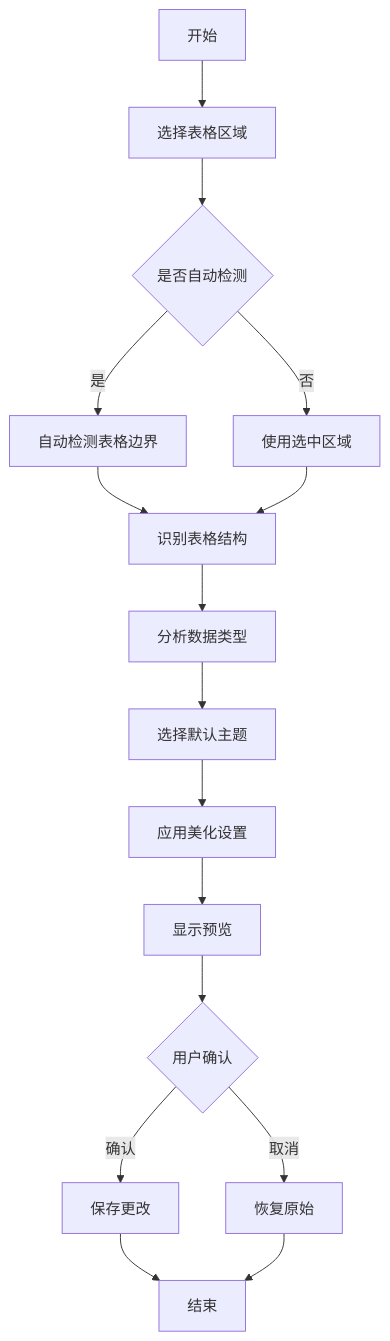
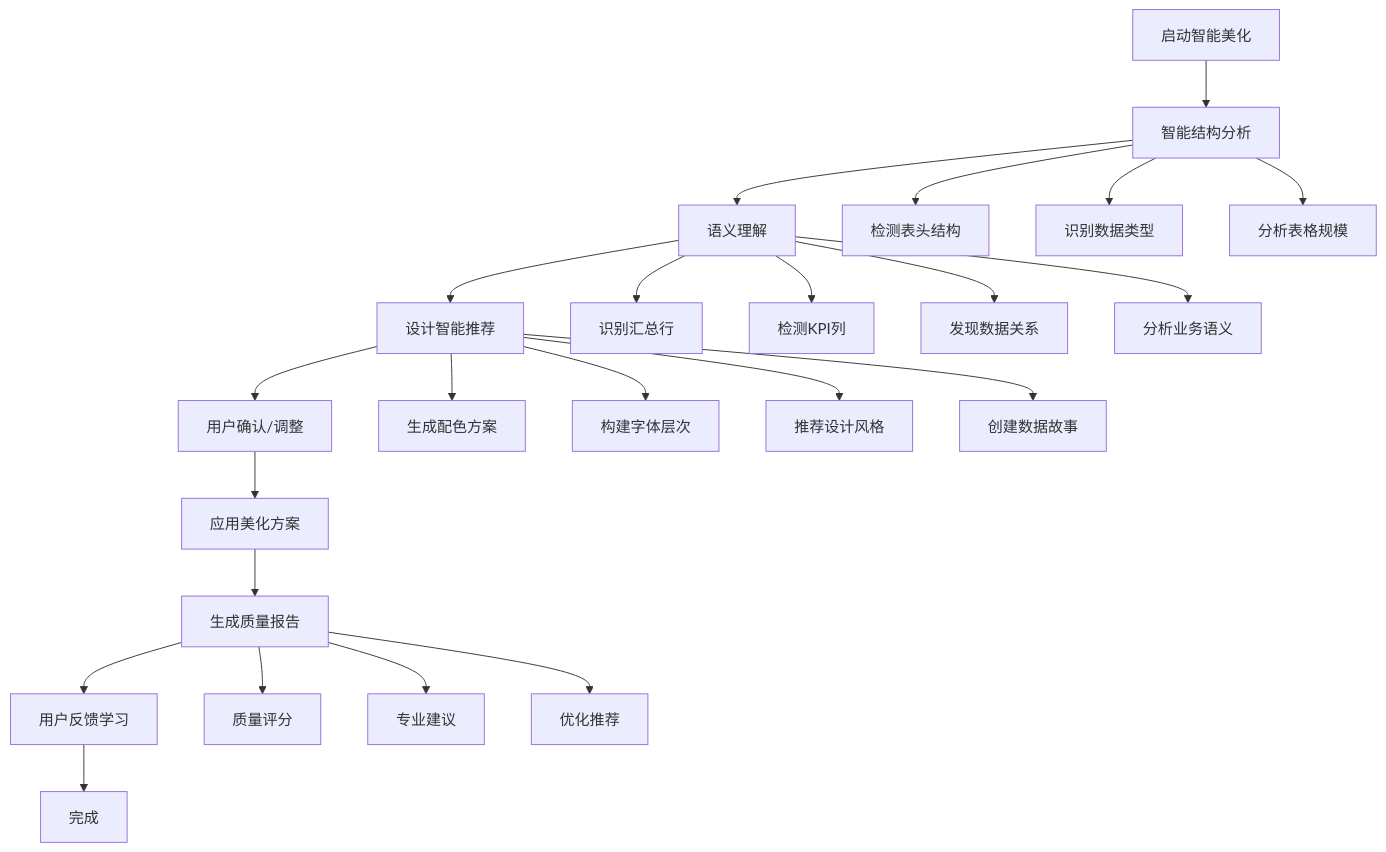
Before and after one commit to Daydreamdelusion/ExcelLayoutOptimizer: the first of 2 diagrams in beautification_requirements/beautification_requirements.md, drawn with Mermaid. The commit also changed other lines of this file and 1 other file, not shown here.

Commit message:
feat: Add comprehensive README for Excel智能美化与布局优化系统 v4.0, detailing new features, system architecture, installation steps, and usage scenarios

````diff
--- a/beautification_requirements/beautification_requirements.md
+++ b/beautification_requirements/beautification_requirements.md
@@ -802,18 +1273,29 @@
 ```mermaid
 graph TD
-    A[开始] --> B[选择表格区域]
-    B --> C{是否自动检测}
-    C -->|是| D[自动检测表格边界]
-    C -->|否| E[使用选中区域]
-    D --> F[识别表格结构]
-    E --> F
-    F --> G[分析数据类型]
-    G --> H[选择默认主题]
-    H --> I[应用美化设置]
-    I --> J[显示预览]
-    J --> K{用户确认}
-    K -->|确认| L[保存更改]
-    K -->|取消| M[恢复原始]
-    L --> N[结束]
-    M --> N
+    A[启动智能美化] --> B[智能结构分析]
+    B --> C[语义理解]
+    C --> D[设计智能推荐]
+    D --> E[用户确认/调整]
+    E --> F[应用美化方案]
+    F --> G[生成质量报告]
+    G --> H[用户反馈学习]
+    H --> I[完成]
+    
+    B --> B1[检测表头结构]
+    B --> B2[识别数据类型]
+    B --> B3[分析表格规模]
+    
+    C --> C1[识别汇总行]
+    C --> C2[检测KPI列]
+    C --> C3[发现数据关系]
+    C --> C4[分析业务语义]
+    
+    D --> D1[生成配色方案]
+    D --> D2[构建字体层次]
+    D --> D3[推荐设计风格]
+    D --> D4[创建数据故事]
+    
+    G --> G1[质量评分]
+    G --> G2[专业建议]
+    G --> G3[优化推荐]
 ```
````
